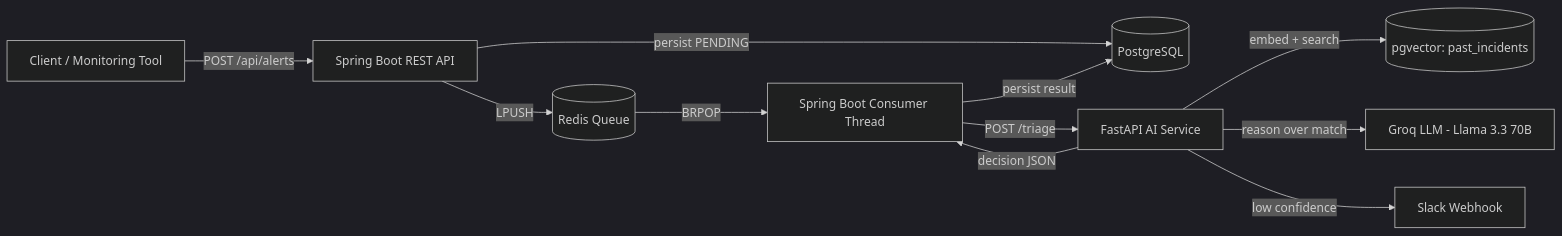
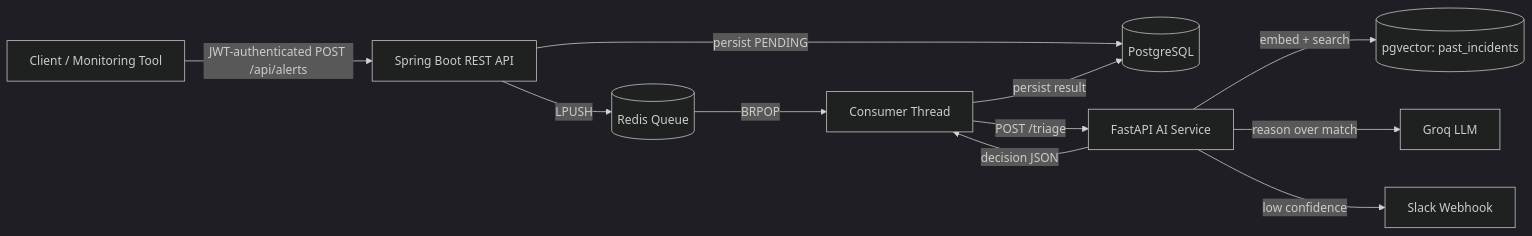
One commit to pratham-ahuja05/incident-triage-system changed the diagram in README.md. Above: the diagram before and after it, drawn with Mermaid (dark theme). The commit also changed other lines of this file, not shown here.

````diff
--- a/README.md
+++ b/README.md
@@ -75,13 +84,13 @@
 ```mermaid
 flowchart LR
-    C[Client / Monitoring Tool] -->|POST /api/alerts| SB[Spring Boot REST API]
+    C[Client / Monitoring Tool] -->|JWT-authenticated POST /api/alerts| SB[Spring Boot REST API]
     SB -->|persist PENDING| PG[(PostgreSQL)]
     SB -->|LPUSH| R[(Redis Queue)]
-    R -->|BRPOP| CO[Spring Boot Consumer Thread]
+    R -->|BRPOP| CO[Consumer Thread]
     CO -->|POST /triage| PY[FastAPI AI Service]
     PY -->|embed + search| VEC[(pgvector: past_incidents)]
-    PY -->|reason over match| LLM[Groq LLM - Llama 3.3 70B]
+    PY -->|reason over match| LLM[Groq LLM]
     PY -->|low confidence| SLACK[Slack Webhook]
     PY -->|decision JSON| CO
     CO -->|persist result| PG
 ```
````
